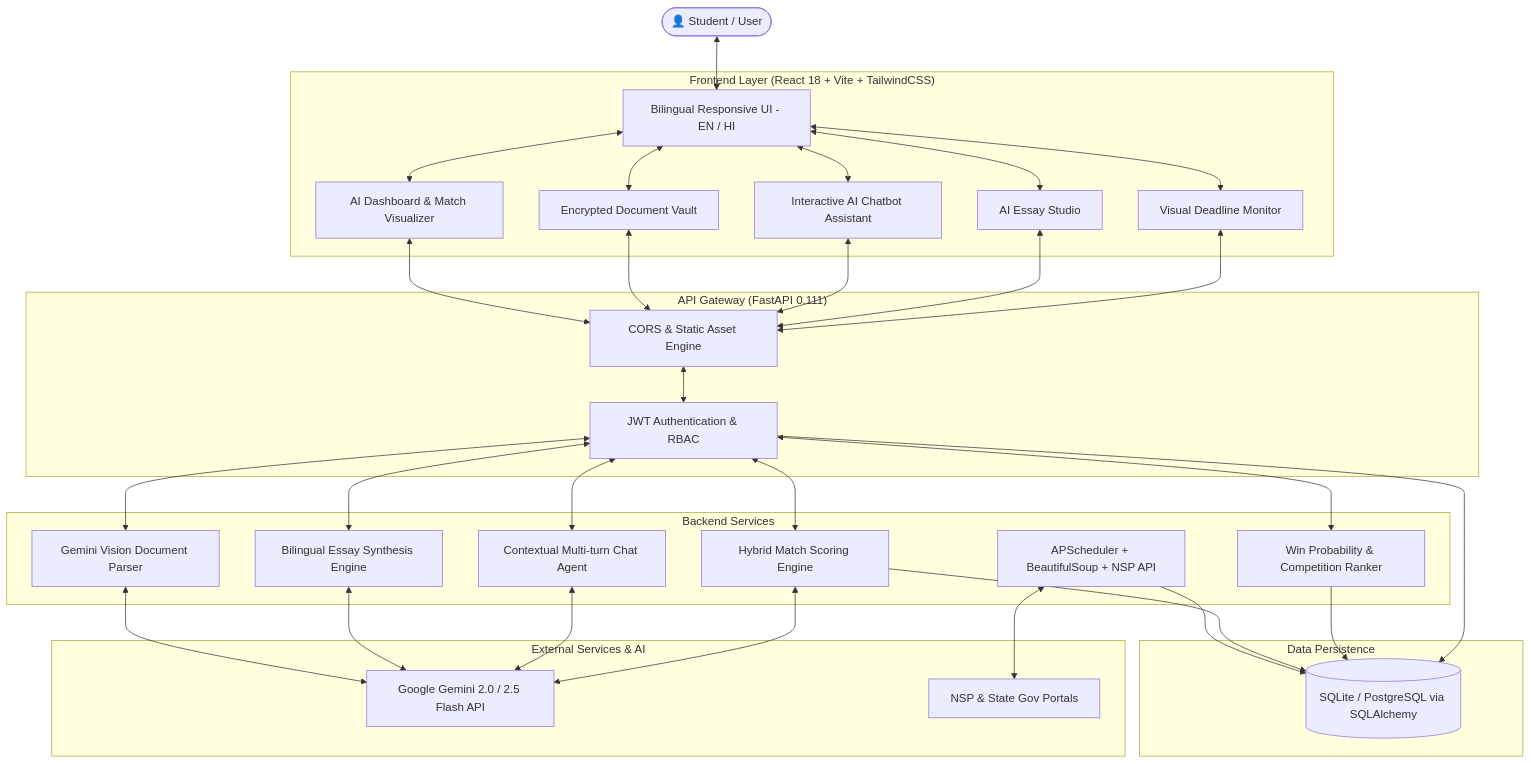
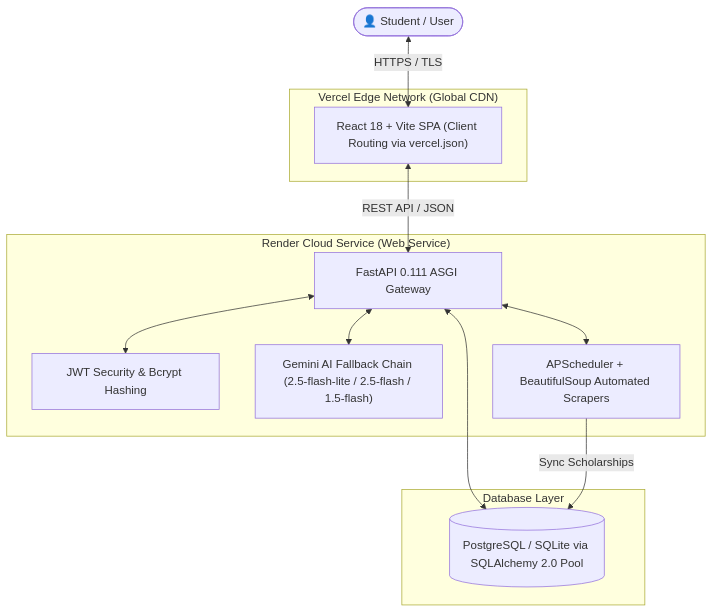
The diagram in README.md (pruthvirajgade15/pragyantra-ED25-ET4), drawn with Mermaid before and after one commit. The commit also changed other lines of this file, not shown here.

Commit message:
docs: update README with live Vercel demo, Render API, architecture, and industry-grade guides

````diff
--- a/README.md
+++ b/README.md
@@ -52,46 +98,27 @@
 ```mermaid
 graph TD
     User([👤 Student / User])
 
-    subgraph Frontend ["Frontend Layer (React 18 + Vite + TailwindCSS)"]
-        UI[Bilingual Responsive UI - EN / HI]
-        Dashboard[AI Dashboard & Match Visualizer]
-        DocVault[Encrypted Document Vault]
-        ChatWidget[Interactive AI Chatbot Assistant]
-        EssayGen[AI Essay Studio]
-        DeadlineTracker[Visual Deadline Monitor]
+    subgraph CDN ["Vercel Edge Network (Global CDN)"]
+        FrontendSPA["React 18 + Vite SPA (Client Routing via vercel.json)"]
     end
 
-    subgraph Gateway ["API Gateway (FastAPI 0.111)"]
-        AuthService[JWT Authentication & RBAC]
-        Proxy[CORS & Static Asset Engine]
+    subgraph Compute ["Render Cloud Service (Web Service)"]
+        FastAPIGateway["FastAPI 0.111 ASGI Gateway"]
+        AuthModule["JWT Security & Bcrypt Hashing"]
+        AIService["Gemini AI Fallback Chain (2.5-flash-lite / 2.5-flash / 1.5-flash)"]
+        ScraperEngine["APScheduler + BeautifulSoup Automated Scrapers"]
     end
 
-    subgraph BackendEngine ["Backend Services"]
-        Matcher[Hybrid Match Scoring Engine]
-        Prioritizer[Win Probability & Competition Ranker]
-        DocParser[Gemini Vision Document Parser]
-        EssayService[Bilingual Essay Synthesis Engine]
-        ChatEngine[Contextual Multi-turn Chat Agent]
-        ScraperScheduler[APScheduler + BeautifulSoup + NSP API]
+    subgraph DataStore ["Database Layer"]
+        DB[(PostgreSQL / SQLite via SQLAlchemy 2.0 Pool)]
     end
 
-    subgraph ExternalServices ["External Services & AI"]
-        GeminiAPI[Google Gemini 2.0 / 2.5 Flash API]
-        GovNSP[NSP & State Gov Portals]
-    end
-
-    subgraph Database ["Data Persistence"]
-        DB[(SQLite / PostgreSQL via SQLAlchemy)]
-    end
-
-    User <--> UI
-    UI <--> Dashboard & DocVault & ChatWidget & EssayGen & DeadlineTracker
-    Dashboard & DocVault & ChatWidget & EssayGen & DeadlineTracker <--> Proxy
-    Proxy <--> AuthService
-    AuthService <--> Matcher & Prioritizer & DocParser & EssayService & ChatEngine
-    DocParser & EssayService & ChatEngine & Matcher <--> GeminiAPI
-    ScraperScheduler <--> GovNSP
-    ScraperScheduler --> DB
-    Matcher & Prioritizer & AuthService --> DB
+    User <-->|HTTPS / TLS| FrontendSPA
+    FrontendSPA <-->|REST API / JSON| FastAPIGateway
+    FastAPIGateway <--> AuthModule
+    FastAPIGateway <--> AIService
+    FastAPIGateway <--> ScraperEngine
+    FastAPIGateway <--> DB
+    ScraperEngine -->|Sync Scholarships| DB
 ```
````
